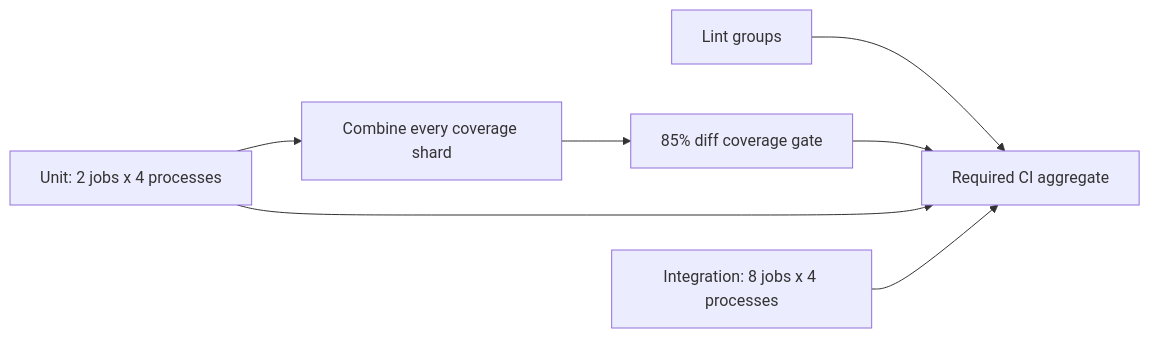
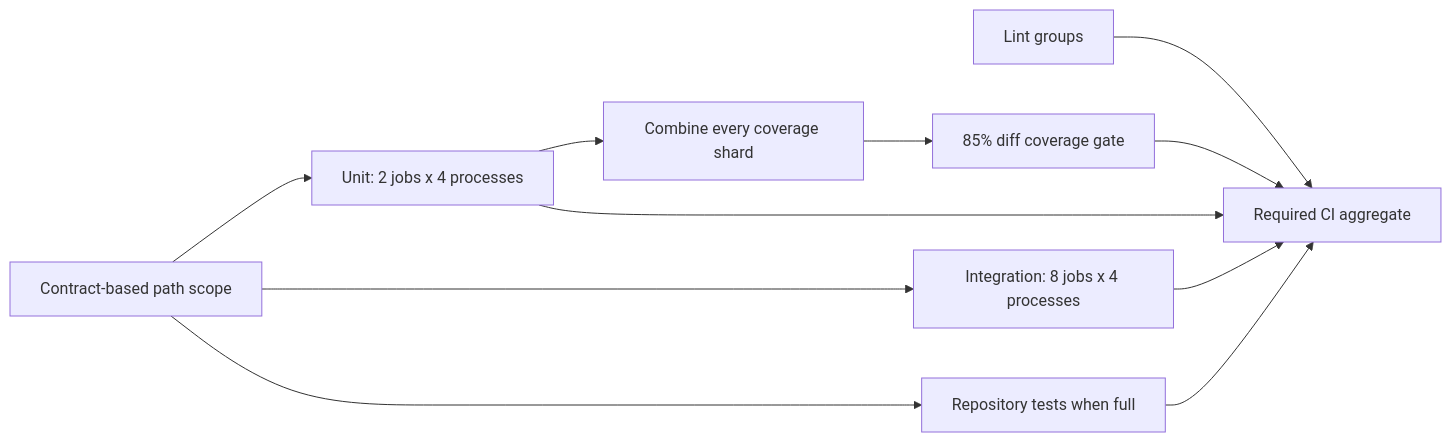
One commit to ophis/agent-pm changed the fifth of 5 diagrams in README.md. Above: the diagram before and after it, drawn with Mermaid. The commit also changed other lines of this file and 3 other files, not shown here.

````diff
--- a/README.md
+++ b/README.md
@@ -499,9 +500,13 @@
 ```mermaid
 flowchart LR
+    S[Contract-based path scope] --> U
+    S --> I
+    S --> R[Repository tests when full]
     L[Lint groups] --> CI[Required CI aggregate]
     U[Unit: 2 jobs x 4 processes] --> C[Combine every coverage shard]
     C --> G[85% diff coverage gate]
     G --> CI
     U --> CI
     I[Integration: 8 jobs x 4 processes] --> CI
+    R --> CI
 ```
````
